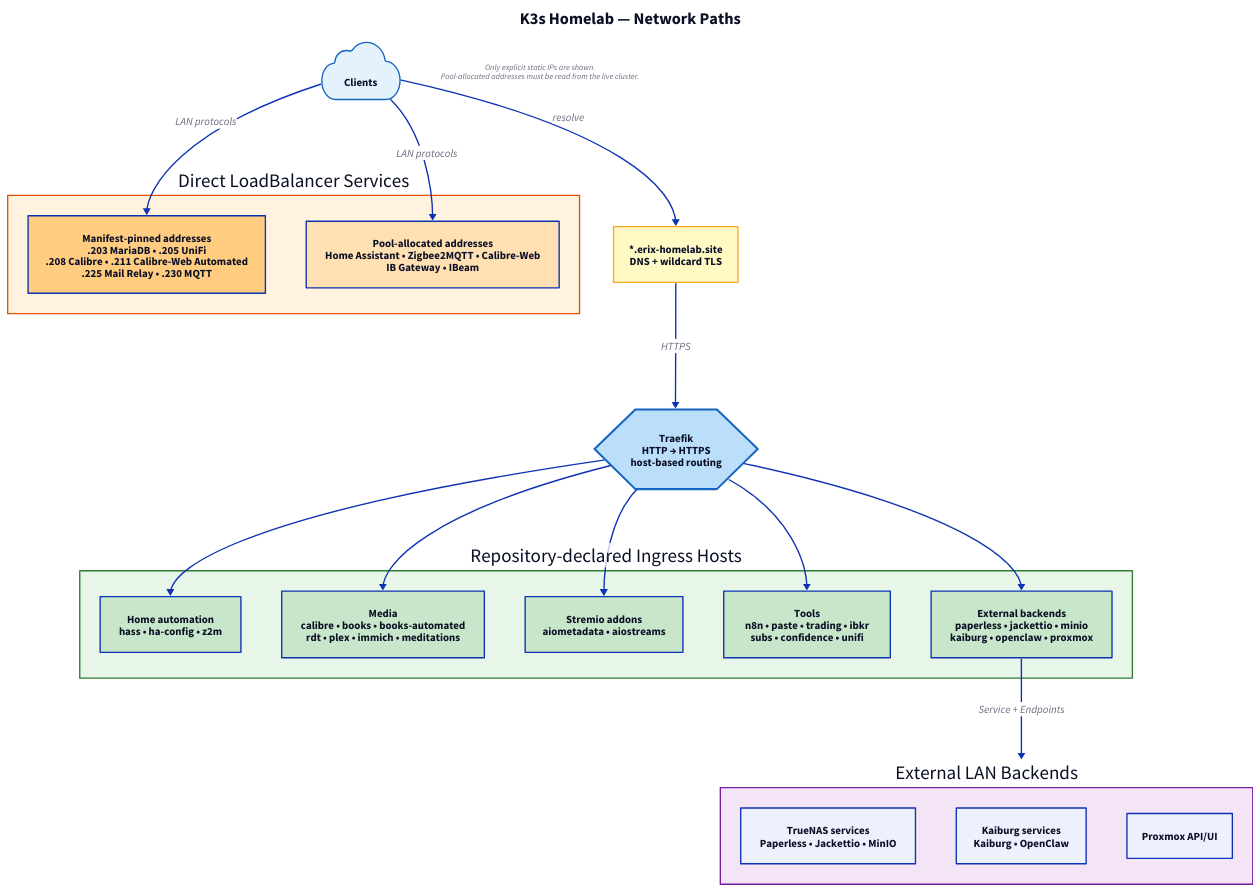
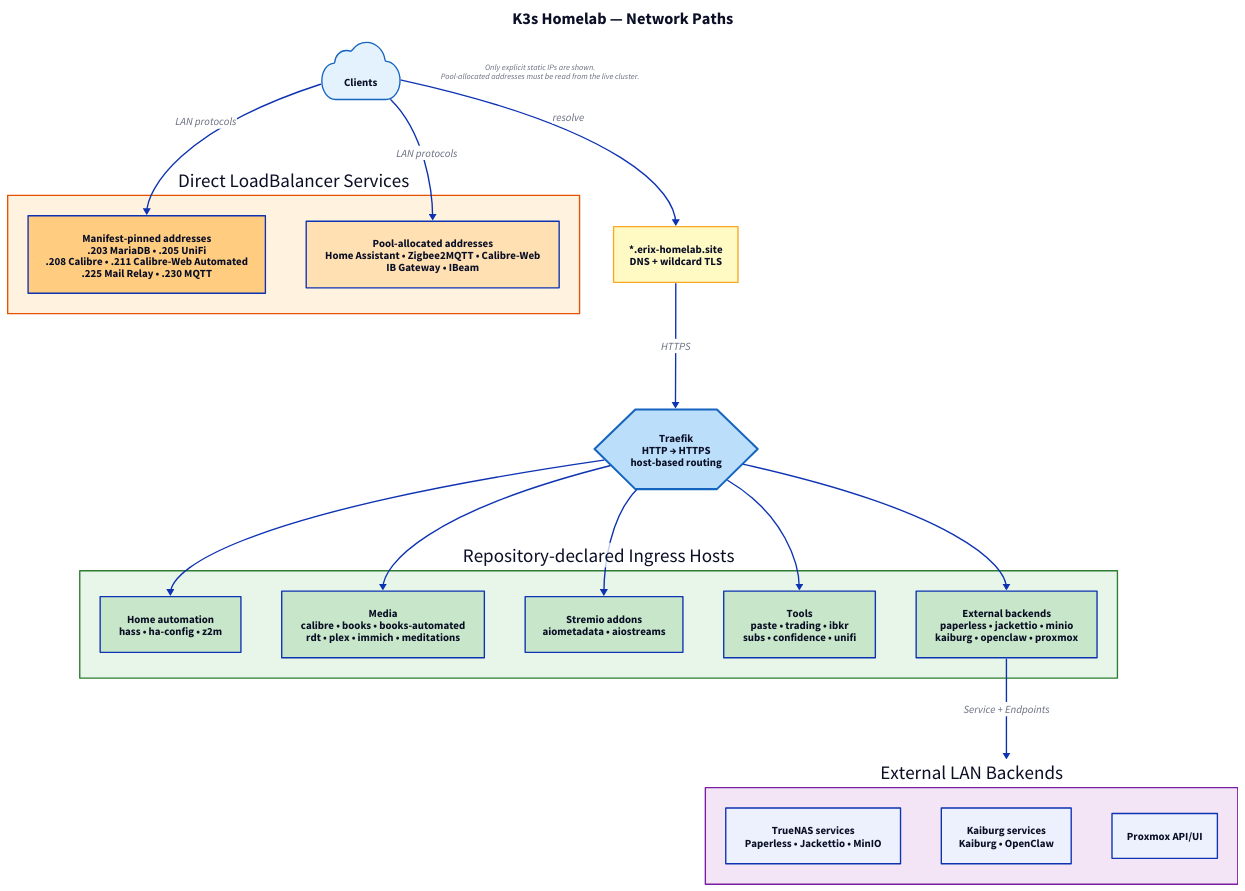
The diagram in docs/diagrams/network-endpoints.d2 (erix/homelab), drawn with D2 before and after one commit. The commit also changed 13 other files, not shown here.

```diff
--- a/docs/diagrams/network-endpoints.d2
+++ b/docs/diagrams/network-endpoints.d2
@@ -1,105 +1,105 @@
 direction: down
 
 title: K3s Homelab — Network Paths {
   near: top-center
   shape: text
   style.font-size: 24
   style.bold: true
 }
 
 clients: Clients {
   shape: cloud
   style.fill: "#e3f2fd"
   style.stroke: "#1565c0"
 }
 
 dns: "*.erix-homelab.site\nDNS + wildcard TLS" {
   shape: rectangle
   style.fill: "#fff9c4"
   style.stroke: "#f9a825"
 }
 
 traefik: "Traefik\nHTTP → HTTPS\nhost-based routing" {
   shape: hexagon
   style.fill: "#bbdefb"
   style.stroke: "#1565c0"
   style.stroke-width: 3
 }
 
 routes: Repository-declared Ingress Hosts {
   style.fill: "#e8f5e9"
   style.stroke: "#2e7d32"
 
   home: {
     label: "Home automation\nhass • ha-config • z2m"
     shape: rectangle
     style.fill: "#c8e6c9"
   }
 
   media: {
     label: "Media\ncalibre • books • books-automated\nrdt • plex • immich • meditations"
     shape: rectangle
     style.fill: "#c8e6c9"
   }
 
   stremio: {
     label: "Stremio addons\naiometadata • aiostreams"
     shape: rectangle
     style.fill: "#c8e6c9"
   }
 
   tools: {
-    label: "Tools\nn8n • paste • trading • ibkr\nsubs • confidence • unifi"
+    label: "Tools\npaste • trading • ibkr\nsubs • confidence • unifi"
     shape: rectangle
     style.fill: "#c8e6c9"
   }
 
   external_routes: {
     label: "External backends\npaperless • jackettio • minio\nkaiburg • openclaw • proxmox"
     shape: rectangle
     style.fill: "#c8e6c9"
   }
 }
 
 lb: Direct LoadBalancer Services {
   style.fill: "#fff3e0"
   style.stroke: "#e65100"
 
   fixed: {
     label: "Manifest-pinned addresses\n.203 MariaDB • .205 UniFi\n.208 Calibre • .211 Calibre-Web Automated\n.225 Mail Relay • .230 MQTT"
     shape: rectangle
     style.fill: "#ffcc80"
   }
 
   allocated: {
     label: "Pool-allocated addresses\nHome Assistant • Zigbee2MQTT • Calibre-Web\nIB Gateway • IBeam"
     shape: rectangle
     style.fill: "#ffe0b2"
   }
 }
 
 external: External LAN Backends {
   style.fill: "#f3e5f5"
   style.stroke: "#7b1fa2"
 
   truenas: "TrueNAS services\nPaperless • Jackettio • MinIO"
   kaiburg: "Kaiburg services\nKaiburg • OpenClaw"
   proxmox: "Proxmox API/UI"
 }
 
 clients -> dns: resolve
 dns -> traefik: HTTPS
 traefik -> routes.home
 traefik -> routes.media
 traefik -> routes.stremio
 traefik -> routes.tools
 traefik -> routes.external_routes
 clients -> lb.fixed: LAN protocols
 clients -> lb.allocated: LAN protocols
 routes.external_routes -> external: Service + Endpoints
 
 note: "Only explicit static IPs are shown.\nPool-allocated addresses must be read from the live cluster." {
   shape: text
   style.italic: true
   style.font-size: 12
 }
```
